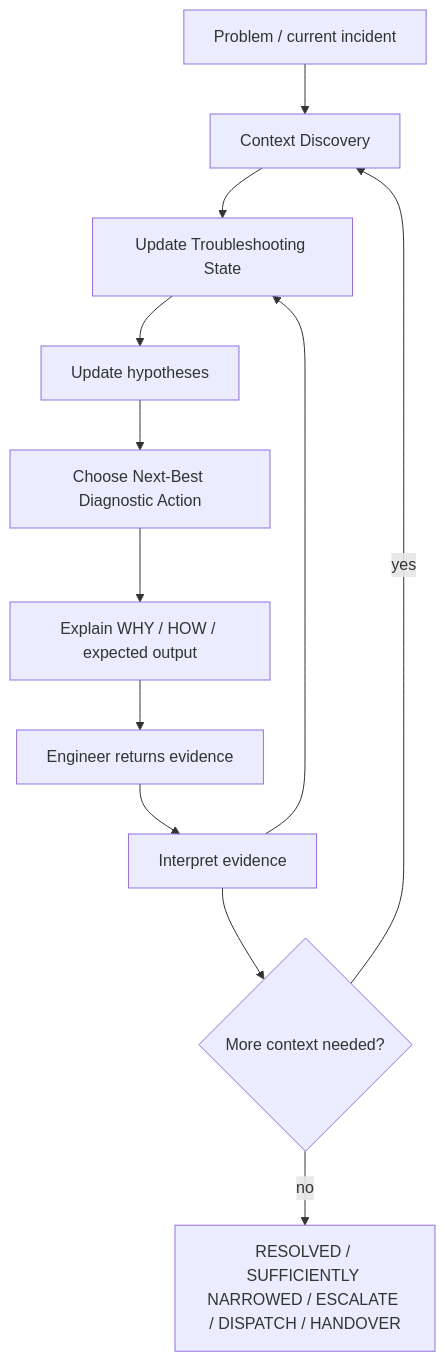
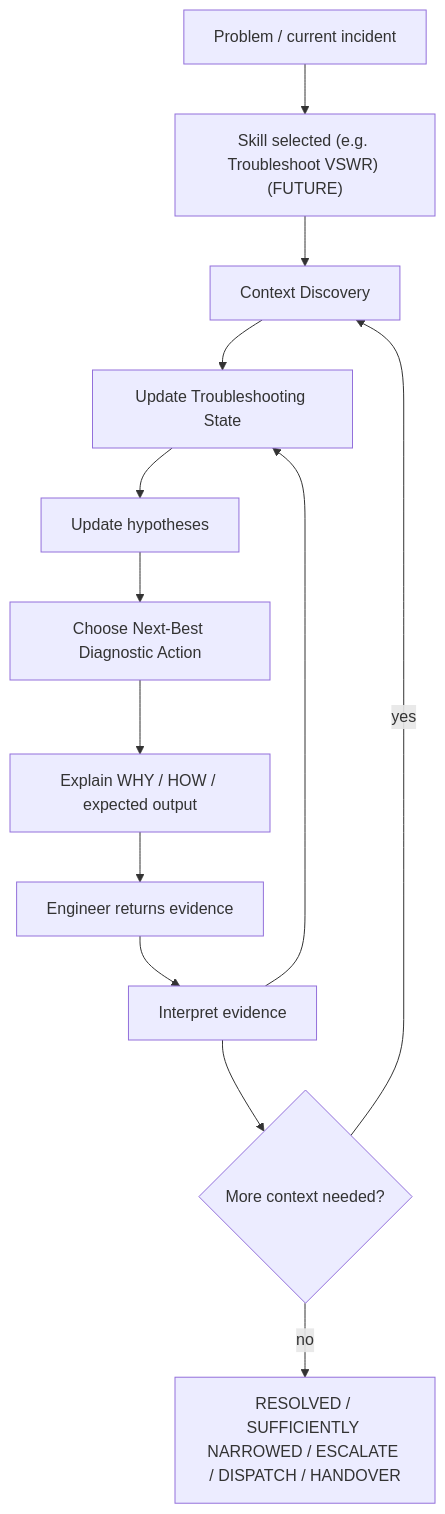
The eighth of 8 diagrams in docs/BUILD_SEQUENCE.md (drak0niii/SLOPANOC), drawn with Mermaid before and after one commit. The commit also changed other lines of this file and 62 other files, not shown here.

````diff
--- a/docs/BUILD_SEQUENCE.md
+++ b/docs/BUILD_SEQUENCE.md
@@ -432,14 +453,15 @@
 ```mermaid
 flowchart TD
-    START["Problem / current incident"] --> DISC[Context Discovery]
+    START["Problem / current incident"] --> SKILL["Skill selected (e.g. Troubleshoot VSWR) (FUTURE)"]
+    SKILL --> DISC[Context Discovery]
     DISC --> STATE[Update Troubleshooting State]
     STATE --> HYP[Update hypotheses]
     HYP --> NEXT["Choose Next-Best Diagnostic Action"]
     NEXT --> WHY["Explain WHY / HOW / expected output"]
     WHY --> EVID["Engineer returns evidence"]
     EVID --> INTERP[Interpret evidence]
     INTERP --> STATE
     INTERP --> MORE{More context needed?}
     MORE -->|yes| DISC
     MORE -->|no| END["RESOLVED / SUFFICIENTLY NARROWED / ESCALATE / DISPATCH / HANDOVER"]
 ```
````
